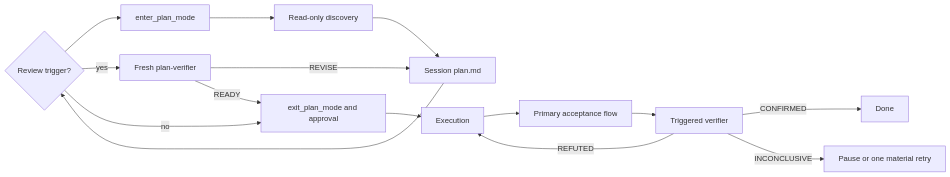
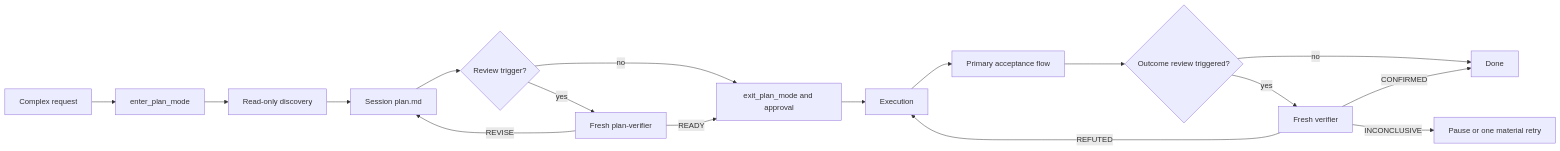
The third of 3 diagrams in README.md (Nanako0129/pilotfish-grok), drawn with Mermaid before and after one commit. The commit also changed other lines of this file and 7 other files, not shown here.

First line of the commit message:
fix(orchestration): separate Plan and outcome review gates

````diff
--- a/README.md
+++ b/README.md
@@ -152,17 +152,19 @@
 ```mermaid
 flowchart LR
     R[Complex request] --> N[enter_plan_mode]
     N --> D[Read-only discovery]
     D --> P[Session plan.md]
-    P --> R{Review trigger?}
-    R -->|yes| PV[Fresh plan-verifier]
-    R -->|no| A
+    P --> T{Review trigger?}
+    T -->|yes| PV[Fresh plan-verifier]
+    T -->|no| A
     PV -->|REVISE| P
     PV -->|READY| A[exit_plan_mode and approval]
     A --> E[Execution]
     E --> F[Primary acceptance flow]
-    F --> V[Triggered verifier]
+    F --> O{Outcome review triggered?}
+    O -->|yes| V[Fresh verifier]
+    O -->|no| Done
     V -->|REFUTED| E
     V -->|CONFIRMED| Done[Done]
     V -->|INCONCLUSIVE| Pause[Pause or one material retry]
 ```
````
